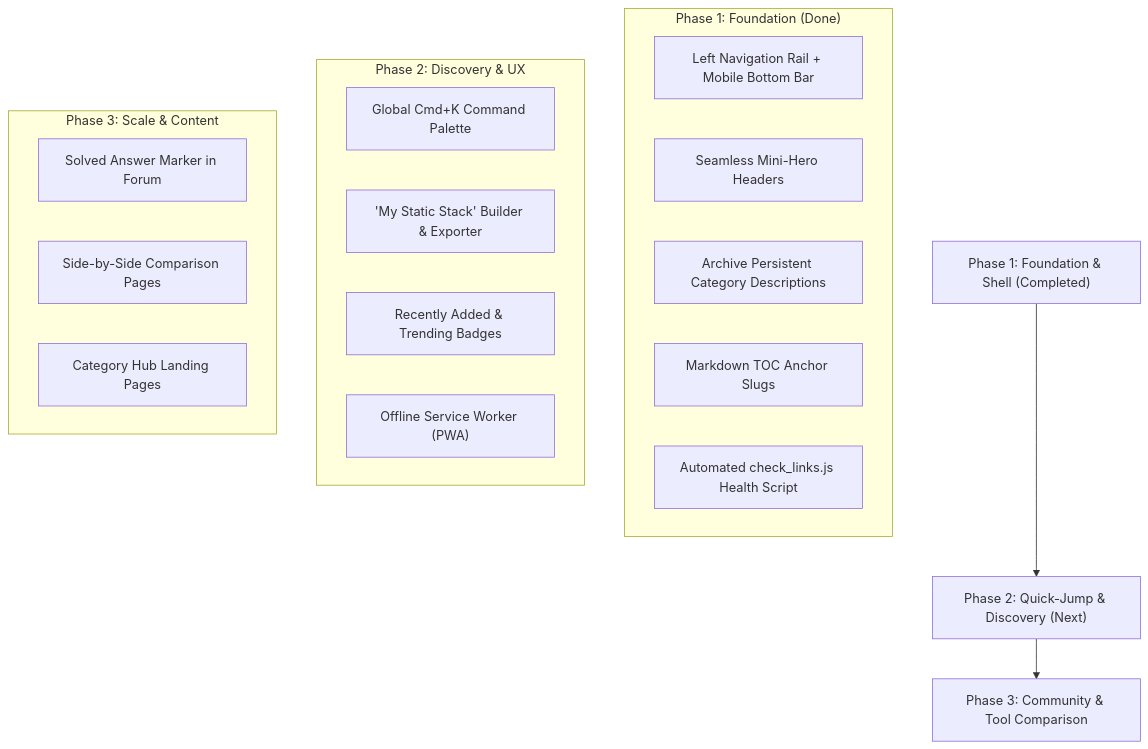
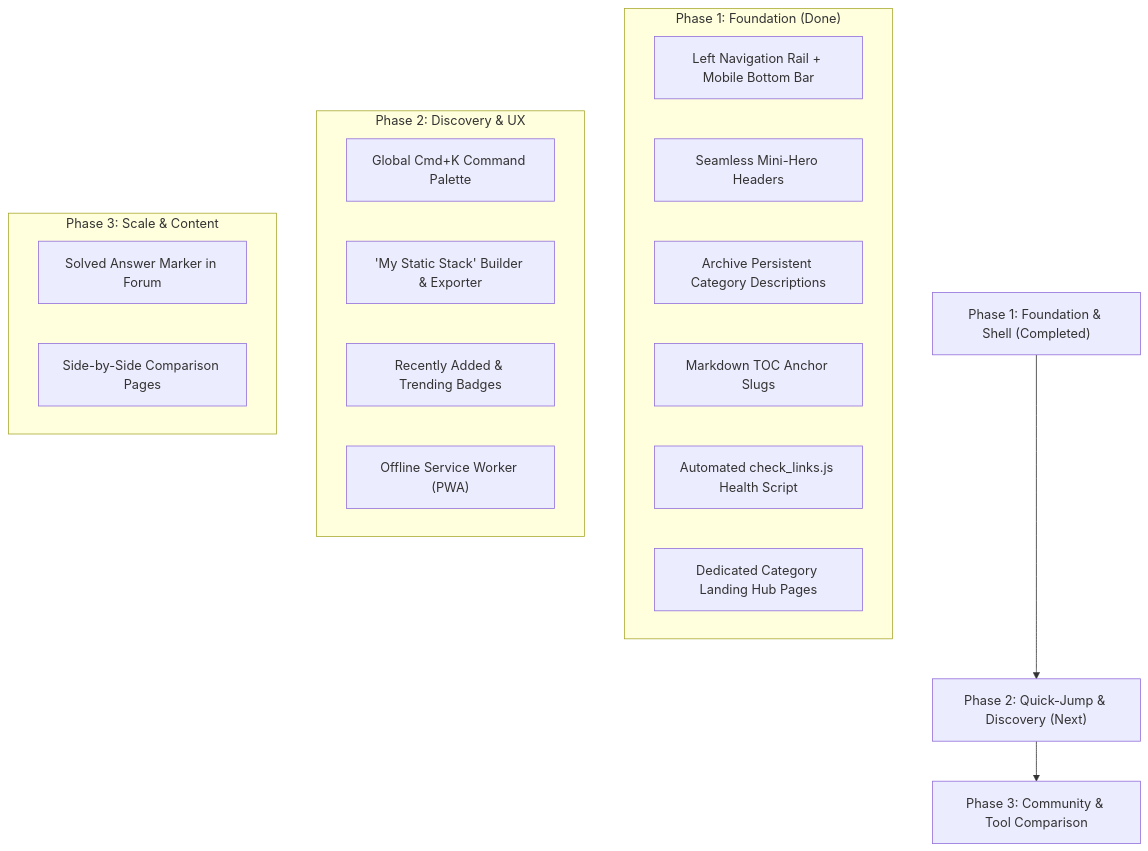
The diagram in suggest.md (E6WeB/htmlstatic), drawn with Mermaid before and after one commit. The commit also changed other lines of this file and 172 other files, not shown here.

Commit message:
feat: implement dedicated category landing hub pages (/category/<slug>/index.html) for all 27 categories

````diff
--- a/suggest.md
+++ b/suggest.md
@@ -180,26 +189,26 @@
 ```mermaid
 flowchart TD
     A["Phase 1: Foundation & Shell (Completed)"] --> B["Phase 2: Quick-Jump & Discovery (Next)"]
     B --> C["Phase 3: Community & Tool Comparison"]
 
     subgraph "Phase 1: Foundation (Done)"
     A1["Left Navigation Rail + Mobile Bottom Bar"]
     A2["Seamless Mini-Hero Headers"]
     A3["Archive Persistent Category Descriptions"]
     A4["Markdown TOC Anchor Slugs"]
     A5["Automated check_links.js Health Script"]
+    A6["Dedicated Category Landing Hub Pages"]
     end
 
     subgraph "Phase 2: Discovery & UX"
     B1["Global Cmd+K Command Palette"]
     B2["'My Static Stack' Builder & Exporter"]
     B3["Recently Added & Trending Badges"]
     B4["Offline Service Worker (PWA)"]
     end
 
     subgraph "Phase 3: Scale & Content"
     C1["Solved Answer Marker in Forum"]
     C2["Side-by-Side Comparison Pages"]
-    C3["Category Hub Landing Pages"]
     end
 ```
````
